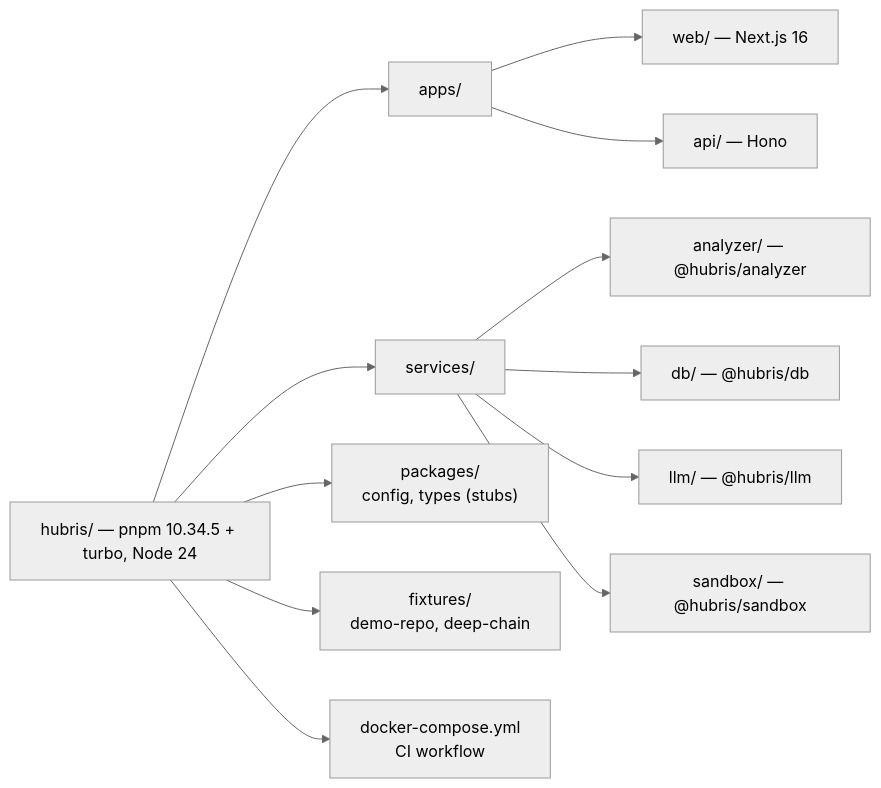
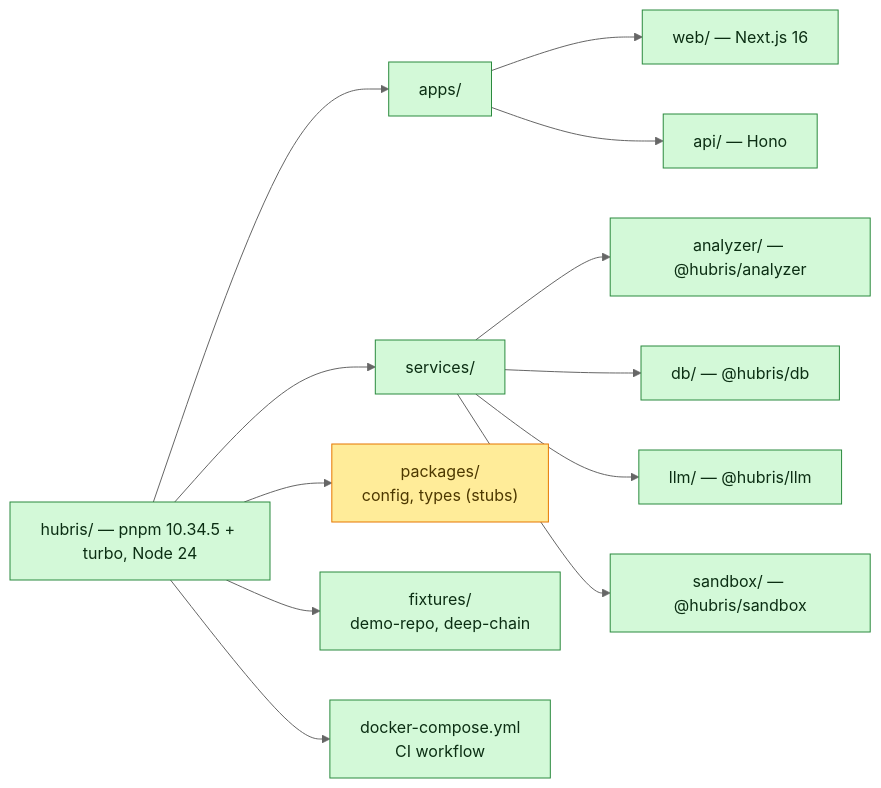
One commit to kaiser1x/hubris changed the second of 17 diagrams in docs/ARCHITECTURE.md. Above: the diagram before and after it, drawn with Mermaid (neutral theme). The commit also changed other lines of this file and 1 other file, not shown here.

First line of the commit message:
docs: fix erDiagram reserved word and color-code architecture maps

````diff
--- a/docs/ARCHITECTURE.md
+++ b/docs/ARCHITECTURE.md
@@ -40,27 +47,32 @@
 ```mermaid
 flowchart LR
     Root["hubris/ — pnpm 10.34.5 + turbo, Node 24"]
     Apps["apps/"]
     Web["web/ — Next.js 16"]
     Api["api/ — Hono"]
     Services["services/"]
     Analyzer["analyzer/ — @hubris/analyzer"]
     Db["db/ — @hubris/db"]
     Llm["llm/ — @hubris/llm"]
     Sbx["sandbox/ — @hubris/sandbox"]
     Pkgs["packages/<br/>config, types (stubs)"]
     Fix["fixtures/<br/>demo-repo, deep-chain"]
     Infra2["docker-compose.yml<br/>CI workflow"]
 
     Root --> Apps
     Apps --> Web
     Apps --> Api
     Root --> Services
     Services --> Analyzer
     Services --> Db
     Services --> Llm
     Services --> Sbx
     Root --> Pkgs
     Root --> Fix
     Root --> Infra2
+
+    classDef live fill:#d3f9d8,stroke:#2b8a3e,color:#0b2e13
+    classDef future fill:#ffec99,stroke:#e67700,color:#4d3800
+    class Root,Apps,Web,Api,Services,Analyzer,Db,Llm,Sbx,Fix,Infra2 live
+    class Pkgs future
 ```
````
